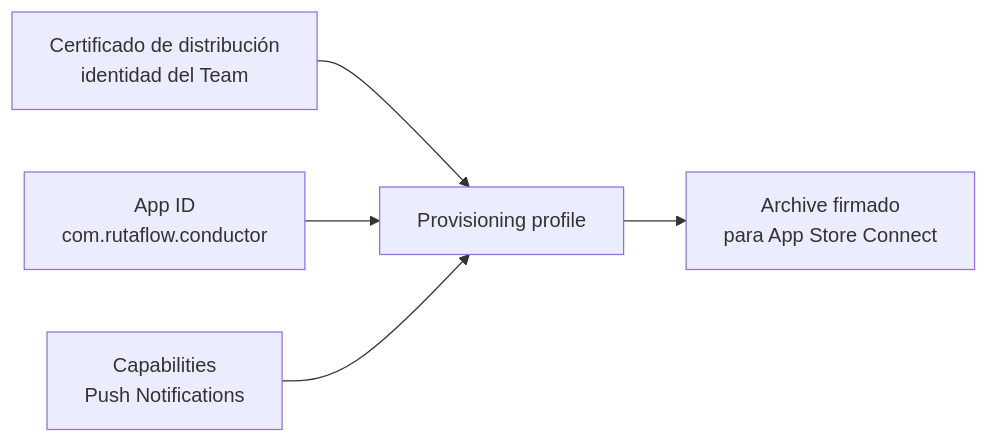
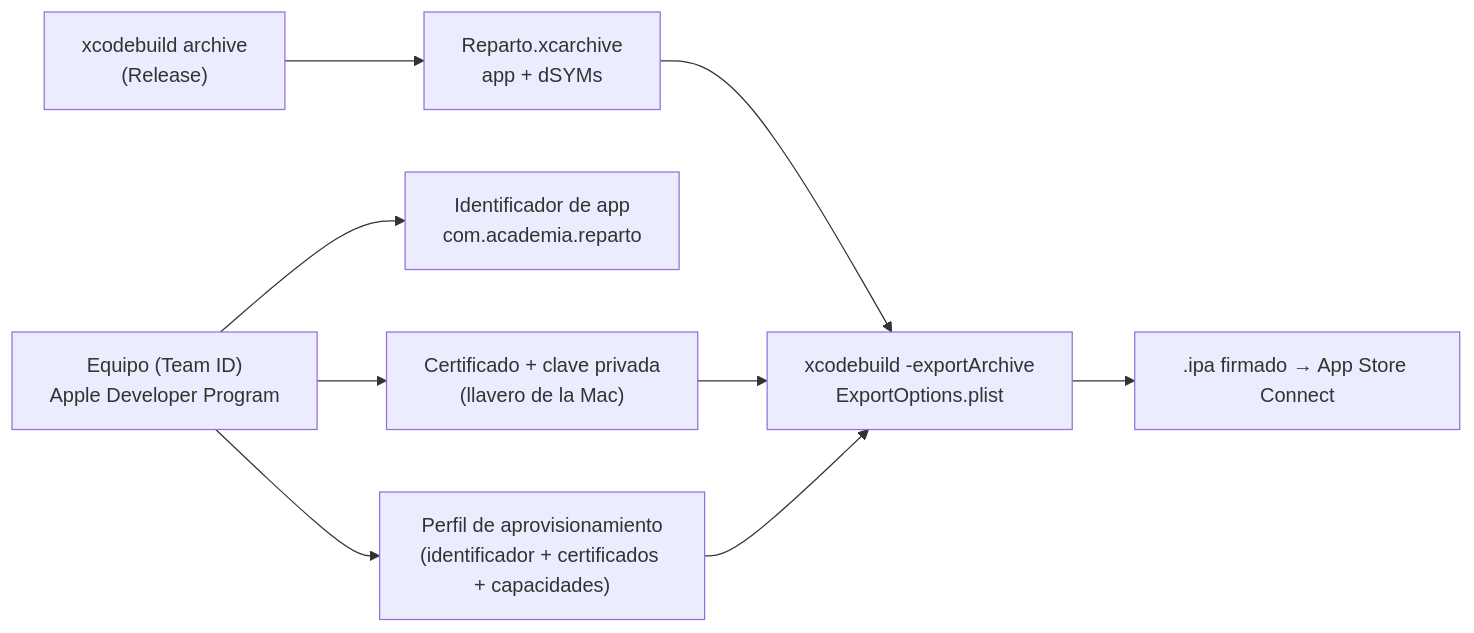
Before and after one commit to NICORUIZ93/The_Imperial_Book: the third of 4 diagrams in web/public/content/ios/modulo-11.md, drawn with Mermaid. The commit also changed other lines of this file and 38 other files, not shown here.

````diff
--- a/web/public/content/ios/modulo-11.md
+++ b/web/public/content/ios/modulo-11.md
@@ -18,7 +1027,11 @@
 ```mermaid
 flowchart LR
-    A["Certificado de distribución\nidentidad del Team"] --> D["Provisioning profile"]
-    B["App ID\ncom.rutaflow.conductor"] --> D
-    C["Capabilities\nPush Notifications"] --> D
-    D --> E["Archive firmado\npara App Store Connect"]
+    T["Equipo (Team ID)<br/>Apple Developer Program"] --> C["Certificado + clave privada<br/>(llavero de la Mac)"]
+    T --> ID["Identificador de app<br/>com.academia.reparto"]
+    T --> P["Perfil de aprovisionamiento<br/>(identificador + certificados + capacidades)"]
+    X["xcodebuild archive<br/>(Release)"] --> AR["Reparto.xcarchive<br/>app + dSYMs"]
+    AR --> E["xcodebuild -exportArchive<br/>ExportOptions.plist"]
+    C --> E
+    P --> E
+    E --> IPA[".ipa firmado → App Store Connect"]
 ```
````
